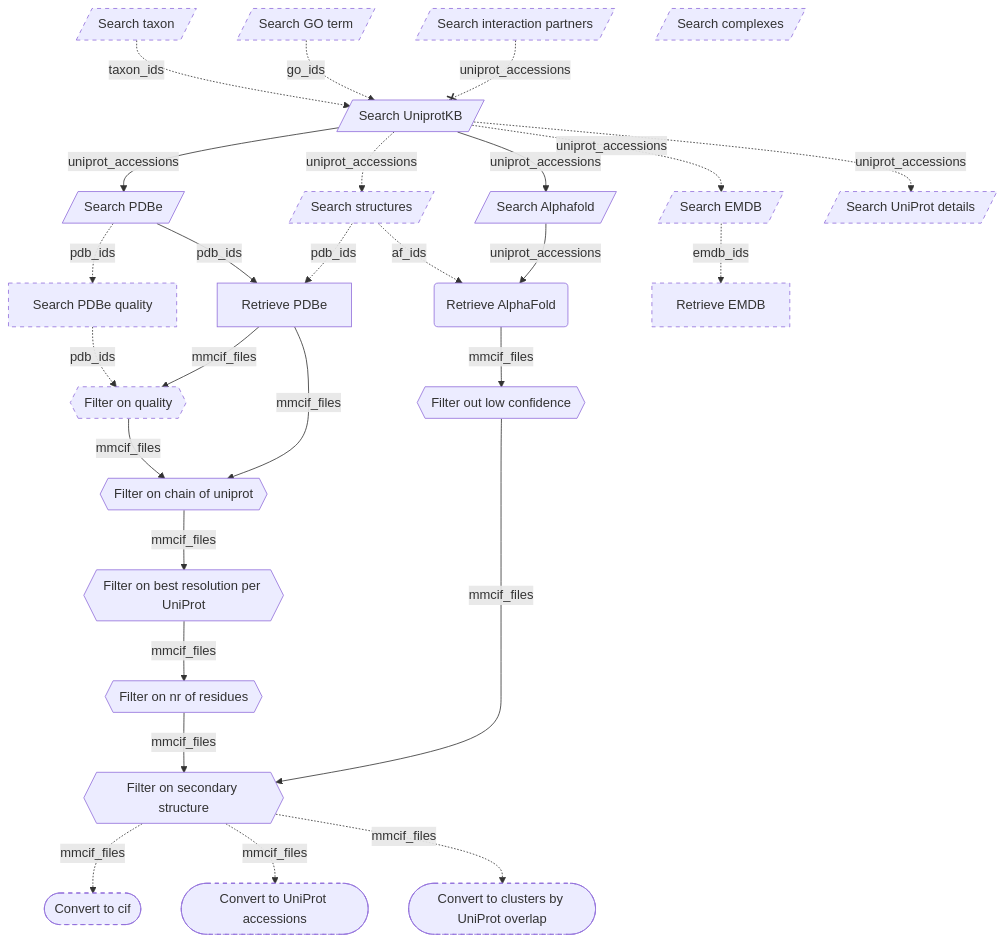
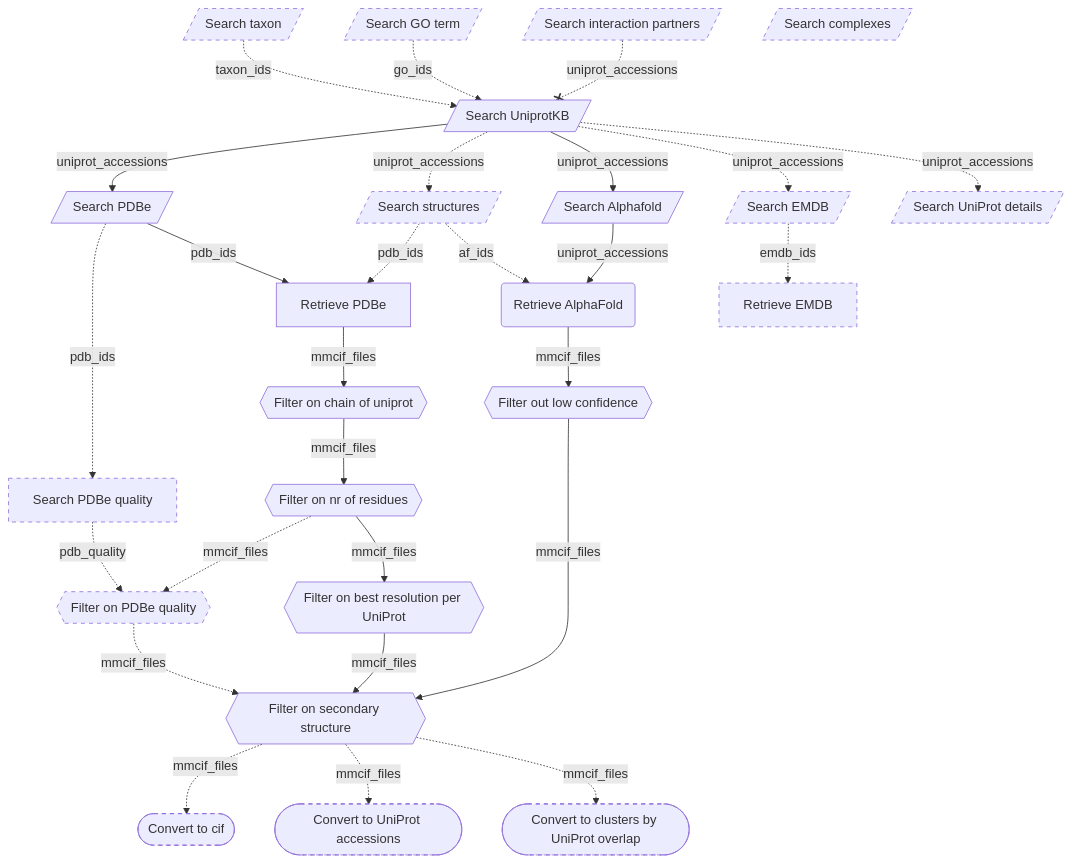
One commit to haddocking/protein-quest changed the diagram in README.md. Above: the diagram before and after it, drawn with Mermaid.

Commit message:
Make pdbe quality commands prettier in mermaid diagram

````diff
--- a/README.md
+++ b/README.md
@@ -40,44 +40,44 @@
 ```mermaid
 graph TB;
     taxonomy[/Search taxon/] -. taxon_ids .-> searchuniprot[/Search UniprotKB/]
     goterm[/Search GO term/] -. go_ids .-> searchuniprot[/Search UniprotKB/]
     searchuniprot --> |uniprot_accessions|searchpdbe[/Search PDBe/]
     searchuniprot -. uniprot_accessions .-> searchstructures[/Search structures/]
     searchuniprot --> |uniprot_accessions|searchaf[/Search Alphafold/]
     searchuniprot -. uniprot_accessions .-> searchemdb[/Search EMDB/]
     searchuniprot -. uniprot_accessions .-> searchuniprotdetails[/Search UniProt details/]
     searchintactionpartners[/Search interaction partners/] -.-x |uniprot_accessions|searchuniprot
     searchcomplexes[/Search complexes/]
     searchpdbe -. pdb_ids .-> searchpdbequality[Search PDBe quality]
     searchpdbe -->|pdb_ids|fetchpdbe[Retrieve PDBe]
     searchstructures -. pdb_ids .-> fetchpdbe
     searchstructures -. af_ids .-> fetchad
     searchaf --> |uniprot_accessions|fetchad(Retrieve AlphaFold)
     searchemdb -. emdb_ids .->fetchemdb[Retrieve EMDB]
-    fetchpdbe -->|mmcif_files| filterquality
     fetchpdbe -->|mmcif_files| chainfilter{{Filter on chain of uniprot}}
-    chainfilter --> |mmcif_files| resolutionfilter{{Filter on best resolution per UniProt}}
-    resolutionfilter --> |mmcif_files| residuefilter{{Filter on nr of residues}}
+    chainfilter --> |mmcif_files| residuefilter{{Filter on nr of residues}}
+    residuefilter -. mmcif_files .-> qualityfilter
+    residuefilter --> |mmcif_files| resolutionfilter{{Filter on best resolution per UniProt}}
     fetchad -->|mmcif_files| confidencefilter{{Filter out low confidence}}
     confidencefilter --> |mmcif_files| ssfilter{{Filter on secondary structure}}
-    residuefilter --> |mmcif_files| ssfilter
+    resolutionfilter --> |mmcif_files| ssfilter
     ssfilter -. mmcif_files .-> convert2cif([Convert to cif])
     ssfilter -. mmcif_files .-> convert2uniprot_accessions([Convert to UniProt accessions])
     ssfilter -. mmcif_files .-> convert2clusters([Convert to clusters by UniProt overlap])
-    searchpdbequality -. pdb_ids .-> filterquality{{Filter on quality}}
-    filterquality --> |mmcif_files| chainfilter
+    searchpdbequality -. pdb_quality.-> qualityfilter{{Filter on PDBe quality}}
+    qualityfilter -. mmcif_files .-> ssfilter
     classDef dashedBorder stroke-dasharray: 5 5;
     goterm:::dashedBorder
     taxonomy:::dashedBorder
     searchemdb:::dashedBorder
     fetchemdb:::dashedBorder
     searchstructures:::dashedBorder
     searchintactionpartners:::dashedBorder
     searchcomplexes:::dashedBorder
     searchuniprotdetails:::dashedBorder
     searchpdbequality:::dashedBorder
-    filterquality:::dashedBorder
+    qualityfilter:::dashedBorder
     convert2cif:::dashedBorder
     convert2uniprot_accessions:::dashedBorder
     convert2clusters:::dashedBorder
 ```
````
